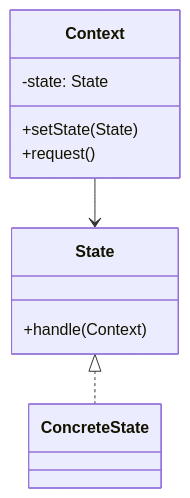
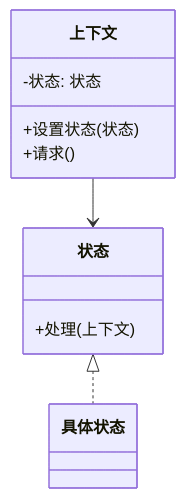
One commit to xlb3055/newBlog changed the diagram in src/设计模式/行为模式/状态模式.md. Above: the diagram before and after it, drawn with Mermaid. The commit also changed other lines of this file and 17 other files, not shown here.

````diff
--- a/src/设计模式/行为模式/状态模式.md
+++ b/src/设计模式/行为模式/状态模式.md
@@ -32,15 +32,15 @@
 ```mermaid
 classDiagram
-    class State {
-      +handle(Context)
+    class 状态 {
+      +处理(上下文)
     }
-    class ConcreteState
-    class Context {
-      -state: State
-      +setState(State)
-      +request()
+    class 具体状态
+    class 上下文 {
+      -状态: 状态
+      +设置状态(状态)
+      +请求()
     }
 
-    State <|.. ConcreteState
-    Context --> State
+    状态 <|.. 具体状态
+    上下文 --> 状态
 ```
````
